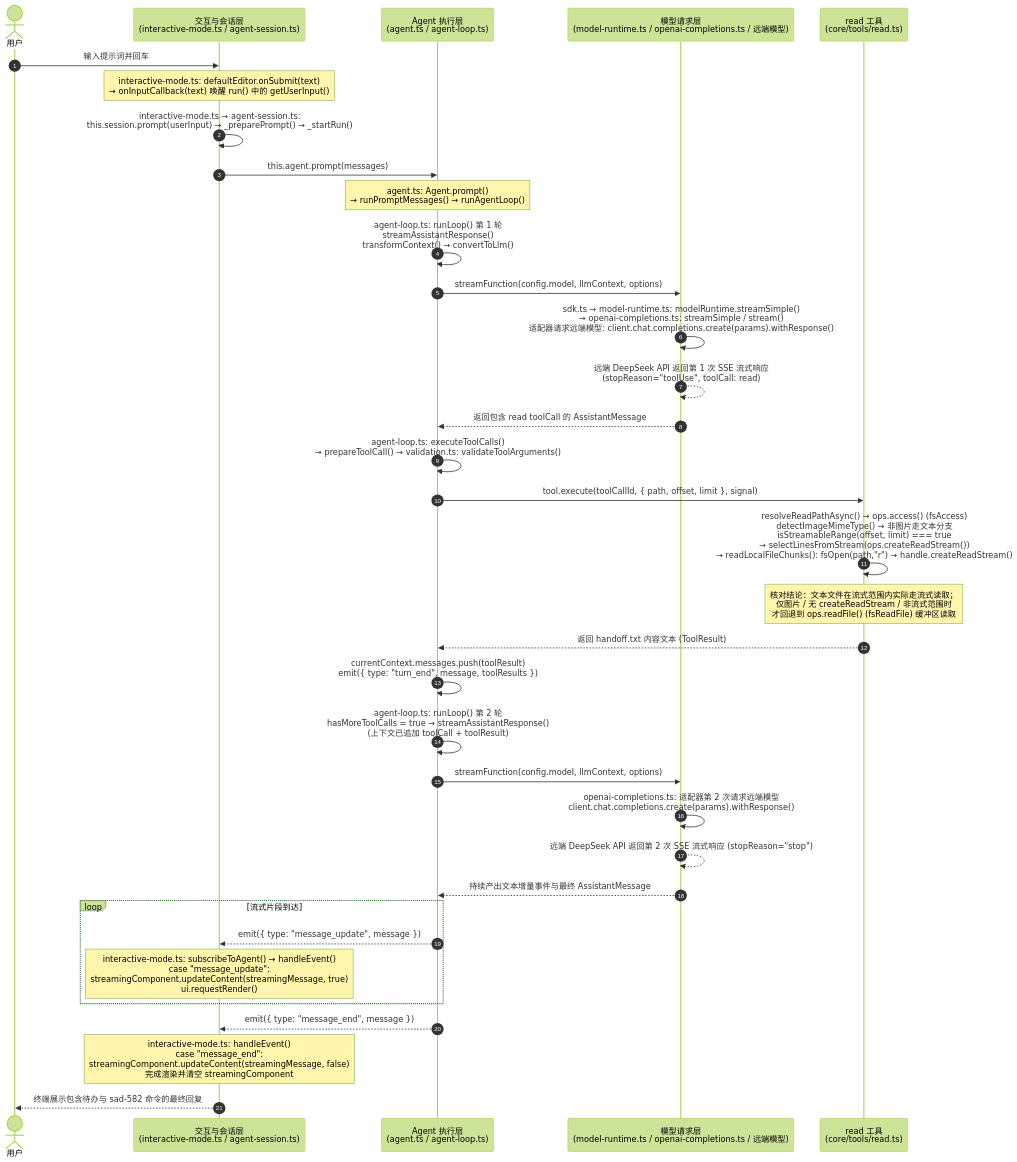
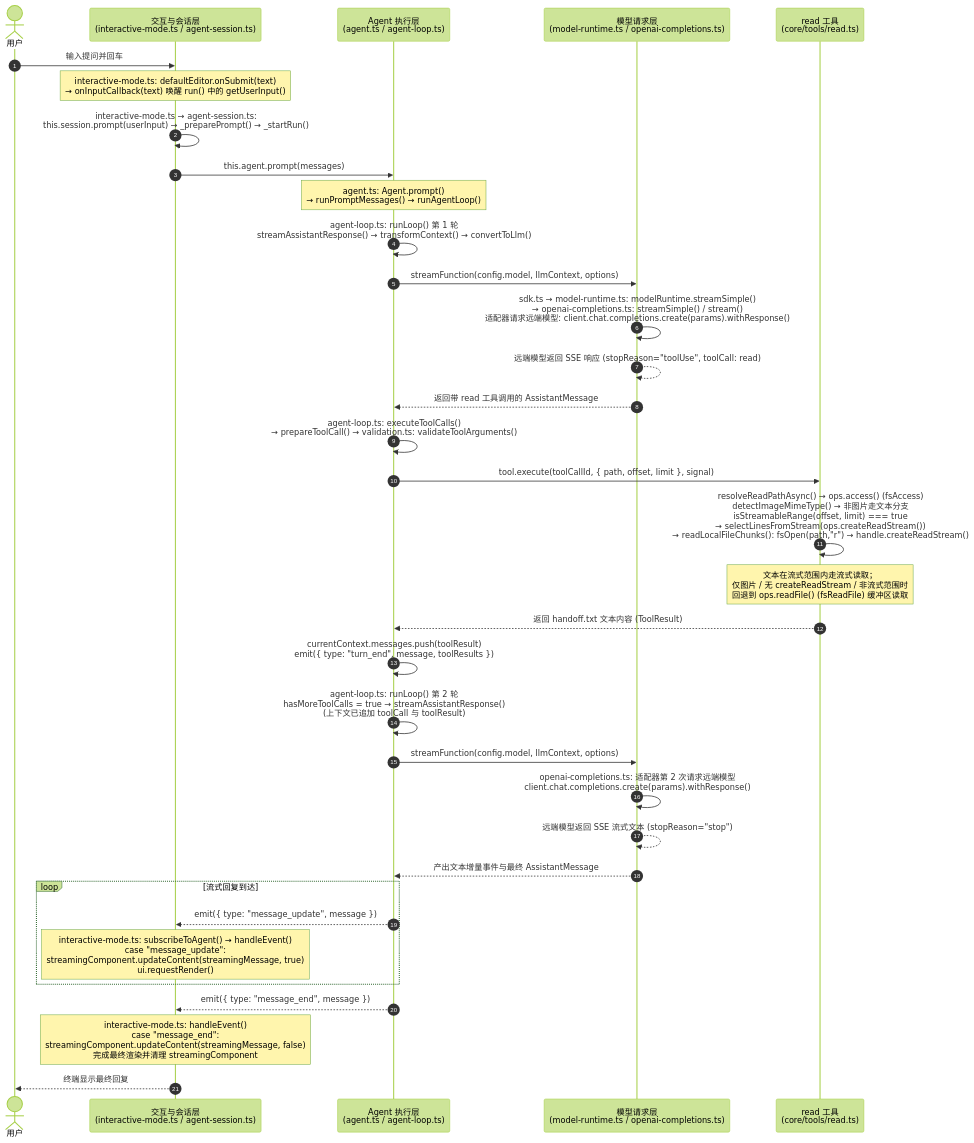
One commit to yun12345R/my-docs changed the first of 2 diagrams in practice/05pi-agent/practive-05.md. Above: the diagram before and after it, drawn with Mermaid (forest theme). The commit also changed other lines of this file and 4 other files, not shown here.

````diff
--- a/practice/05pi-agent/practive-05.md
+++ b/practice/05pi-agent/practive-05.md
@@ -38,46 +26,46 @@
 ```mermaid
 sequenceDiagram
     autonumber
     actor User as 用户
     participant UI as 交互与会话层<br/>(interactive-mode.ts / agent-session.ts)
     participant Agent as Agent 执行层<br/>(agent.ts / agent-loop.ts)
-    participant LLM as 模型请求层<br/>(model-runtime.ts / openai-completions.ts / 远端模型)
+    participant LLM as 模型请求层<br/>(model-runtime.ts / openai-completions.ts)
     participant ReadTool as read 工具<br/>(core/tools/read.ts)
 
-    User->>UI: 输入提示词并回车
+    User->>UI: 输入提问并回车
     Note over UI: interactive-mode.ts: defaultEditor.onSubmit(text)<br/>→ onInputCallback(text) 唤醒 run() 中的 getUserInput()
     UI->>UI: interactive-mode.ts → agent-session.ts:<br/>this.session.prompt(userInput) → _preparePrompt() → _startRun()
     UI->>Agent: this.agent.prompt(messages)
 
     Note over Agent: agent.ts: Agent.prompt()<br/>→ runPromptMessages() → runAgentLoop()
-    Agent->>Agent: agent-loop.ts: runLoop() 第 1 轮<br/>streamAssistantResponse()<br/>transformContext() → convertToLlm()
+    Agent->>Agent: agent-loop.ts: runLoop() 第 1 轮<br/>streamAssistantResponse() → transformContext() → convertToLlm()
 
     Agent->>LLM: streamFunction(config.model, llmContext, options)
-    LLM->>LLM: sdk.ts → model-runtime.ts: modelRuntime.streamSimple()<br/>→ openai-completions.ts: streamSimple / stream()<br/>适配器请求远端模型: client.chat.completions.create(params).withResponse()
-    LLM-->>LLM: 远端 DeepSeek API 返回第 1 次 SSE 流式响应<br/>(stopReason="toolUse", toolCall: read)
-    LLM-->>Agent: 返回包含 read toolCall 的 AssistantMessage
+    LLM->>LLM: sdk.ts → model-runtime.ts: modelRuntime.streamSimple()<br/>→ openai-completions.ts: streamSimple() / stream()<br/>适配器请求远端模型: client.chat.completions.create(params).withResponse()
+    LLM-->>LLM: 远端模型返回 SSE 响应 (stopReason="toolUse", toolCall: read)
+    LLM-->>Agent: 返回带 read 工具调用的 AssistantMessage
 
     Agent->>Agent: agent-loop.ts: executeToolCalls()<br/>→ prepareToolCall() → validation.ts: validateToolArguments()
     Agent->>ReadTool: tool.execute(toolCallId, { path, offset, limit }, signal)
 
     ReadTool->>ReadTool: resolveReadPathAsync() → ops.access() (fsAccess)<br/>detectImageMimeType() → 非图片走文本分支<br/>isStreamableRange(offset, limit) === true<br/>→ selectLinesFromStream(ops.createReadStream())<br/>→ readLocalFileChunks(): fsOpen(path,"r") → handle.createReadStream()
-    Note over ReadTool: 核对结论：文本文件在流式范围内实际走流式读取；<br/>仅图片 / 无 createReadStream / 非流式范围时<br/>才回退到 ops.readFile() (fsReadFile) 缓冲区读取
+    Note over ReadTool: 文本在流式范围内走流式读取；<br/>仅图片 / 无 createReadStream / 非流式范围时<br/>回退到 ops.readFile() (fsReadFile) 缓冲区读取
 
-    ReadTool-->>Agent: 返回 handoff.txt 内容文本 (ToolResult)
+    ReadTool-->>Agent: 返回 handoff.txt 文本内容 (ToolResult)
     Agent->>Agent: currentContext.messages.push(toolResult)<br/>emit({ type: "turn_end", message, toolResults })
 
-    Agent->>Agent: agent-loop.ts: runLoop() 第 2 轮<br/>hasMoreToolCalls = true → streamAssistantResponse()<br/>(上下文已追加 toolCall + toolResult)
+    Agent->>Agent: agent-loop.ts: runLoop() 第 2 轮<br/>hasMoreToolCalls = true → streamAssistantResponse()<br/>(上下文已追加 toolCall 与 toolResult)
     Agent->>LLM: streamFunction(config.model, llmContext, options)
     LLM->>LLM: openai-completions.ts: 适配器第 2 次请求远端模型<br/>client.chat.completions.create(params).withResponse()
-    LLM-->>LLM: 远端 DeepSeek API 返回第 2 次 SSE 流式响应 (stopReason="stop")
-    LLM-->>Agent: 持续产出文本增量事件与最终 AssistantMessage
+    LLM-->>LLM: 远端模型返回 SSE 流式文本 (stopReason="stop")
+    LLM-->>Agent: 产出文本增量事件与最终 AssistantMessage
 
-    loop 流式片段到达
+    loop 流式回复到达
         Agent-->>UI: emit({ type: "message_update", message })
         Note over UI: interactive-mode.ts: subscribeToAgent() → handleEvent()<br/>case "message_update":<br/>streamingComponent.updateContent(streamingMessage, true)<br/>ui.requestRender()
     end
 
     Agent-->>UI: emit({ type: "message_end", message })
-    Note over UI: interactive-mode.ts: handleEvent()<br/>case "message_end":<br/>streamingComponent.updateContent(streamingMessage, false)<br/>完成渲染并清空 streamingComponent
-    UI-->>User: 终端展示包含待办与 sad-582 命令的最终回复
+    Note over UI: interactive-mode.ts: handleEvent()<br/>case "message_end":<br/>streamingComponent.updateContent(streamingMessage, false)<br/>完成最终渲染并清理 streamingComponent
+    UI-->>User: 终端显示最终回复
 ```
````
